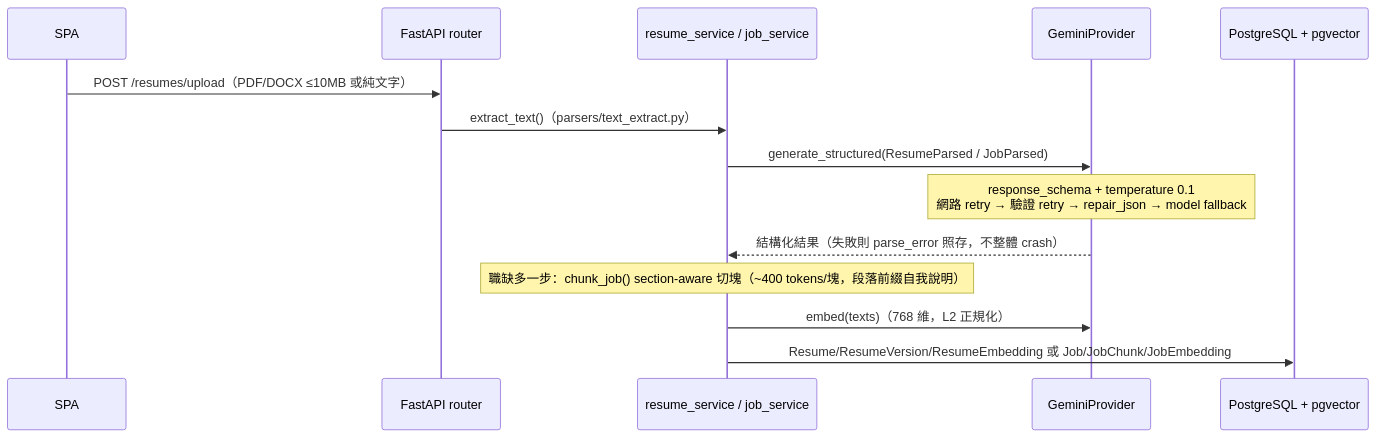
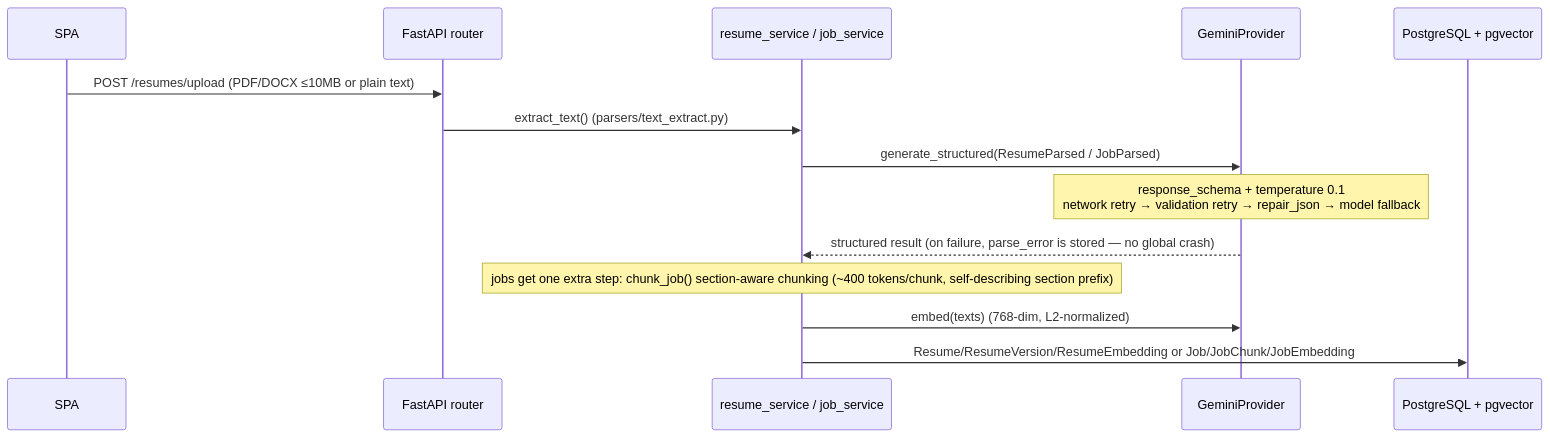
One commit to mhong26/CareerPilot_AI changed the second of 4 diagrams in docs/architecture.md. Above: the diagram before and after it, drawn with Mermaid. The commit also changed other lines of this file and 18 other files, not shown here.

````diff
--- a/docs/architecture.md
+++ b/docs/architecture.md
@@ -84,17 +86,17 @@
 ```mermaid
 sequenceDiagram
     participant U as SPA
     participant API as FastAPI router
     participant SVC as resume_service / job_service
     participant LLM as GeminiProvider
     participant DB as PostgreSQL + pgvector
 
-    U->>API: POST /resumes/upload（PDF/DOCX ≤10MB 或純文字）
-    API->>SVC: extract_text()（parsers/text_extract.py）
+    U->>API: POST /resumes/upload (PDF/DOCX ≤10MB or plain text)
+    API->>SVC: extract_text() (parsers/text_extract.py)
     SVC->>LLM: generate_structured(ResumeParsed / JobParsed)
-    Note over LLM: response_schema + temperature 0.1<br/>網路 retry → 驗證 retry → repair_json → model fallback
-    LLM-->>SVC: 結構化結果（失敗則 parse_error 照存，不整體 crash）
-    Note over SVC: 職缺多一步：chunk_job() section-aware 切塊（~400 tokens/塊，段落前綴自我說明）
-    SVC->>LLM: embed(texts)（768 維，L2 正規化）
-    SVC->>DB: Resume/ResumeVersion/ResumeEmbedding 或 Job/JobChunk/JobEmbedding
+    Note over LLM: response_schema + temperature 0.1<br/>network retry → validation retry → repair_json → model fallback
+    LLM-->>SVC: structured result (on failure, parse_error is stored — no global crash)
+    Note over SVC: jobs get one extra step: chunk_job() section-aware chunking (~400 tokens/chunk, self-describing section prefix)
+    SVC->>LLM: embed(texts) (768-dim, L2-normalized)
+    SVC->>DB: Resume/ResumeVersion/ResumeEmbedding or Job/JobChunk/JobEmbedding
 ```
````
